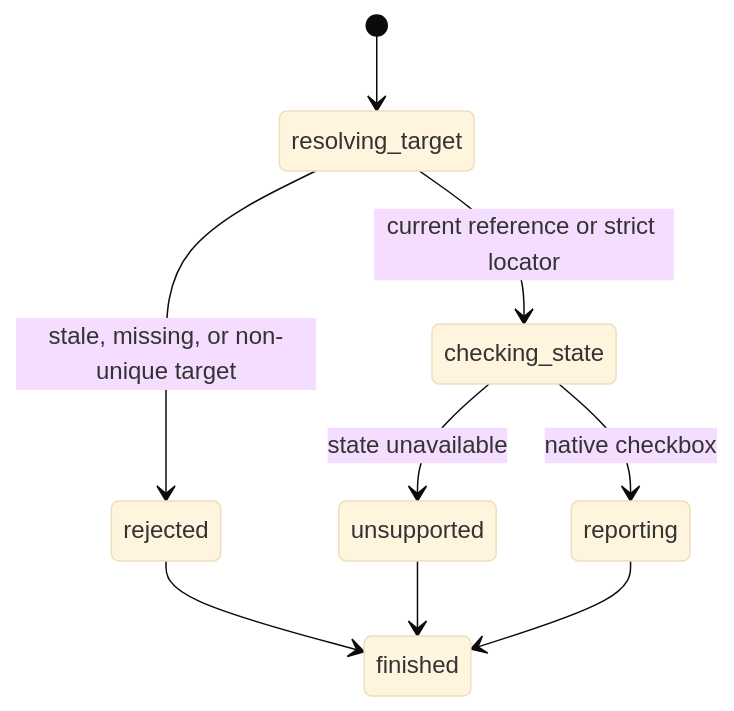
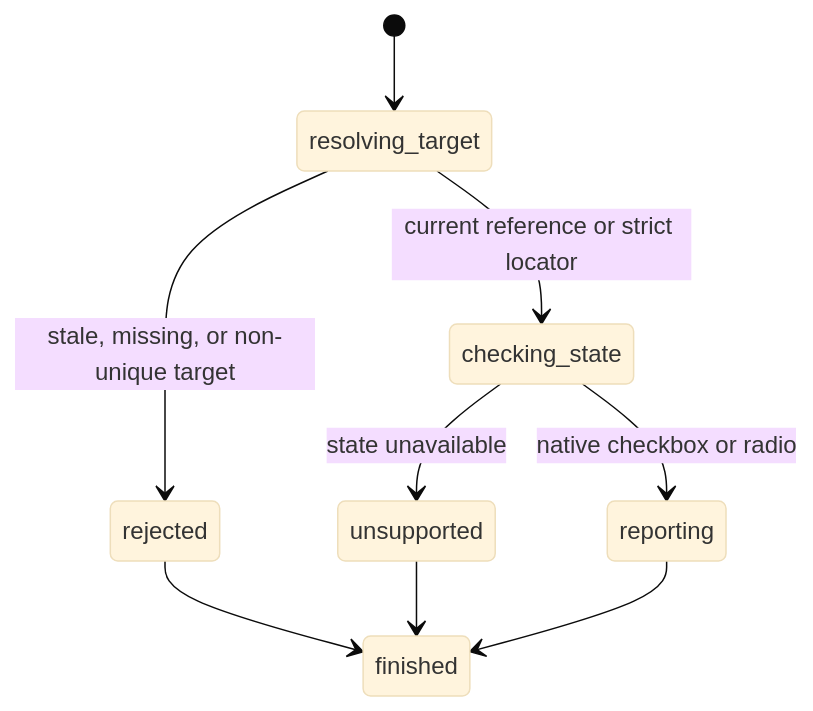
The diagram in inspection/read-checked.md (thoriqakbar0/browser.jr), drawn with Mermaid (base theme) before and after one commit. The commit also changed other lines of this file and 80 other files, not shown here.

````diff
--- a/inspection/read-checked.md
+++ b/inspection/read-checked.md
@@ -19,11 +19,11 @@
 ```mermaid
 stateDiagram-v2
     [*] --> resolving_target
     resolving_target --> rejected : stale, missing, or non-unique target
     resolving_target --> checking_state : current reference or strict locator
     checking_state --> unsupported : state unavailable
-    checking_state --> reporting : native checkbox
+    checking_state --> reporting : native checkbox or radio
     reporting --> finished
     rejected --> finished
     unsupported --> finished
 ```
````
